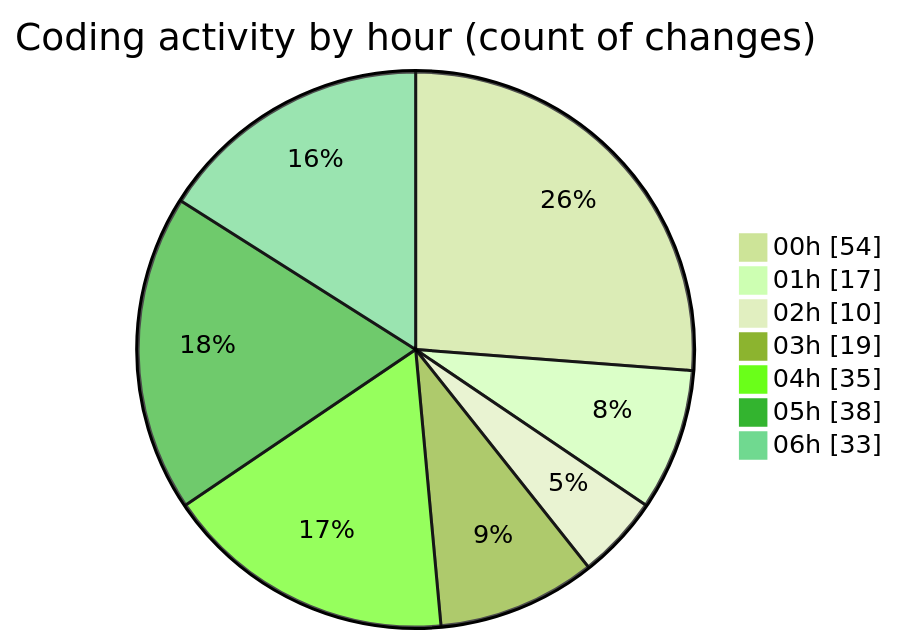
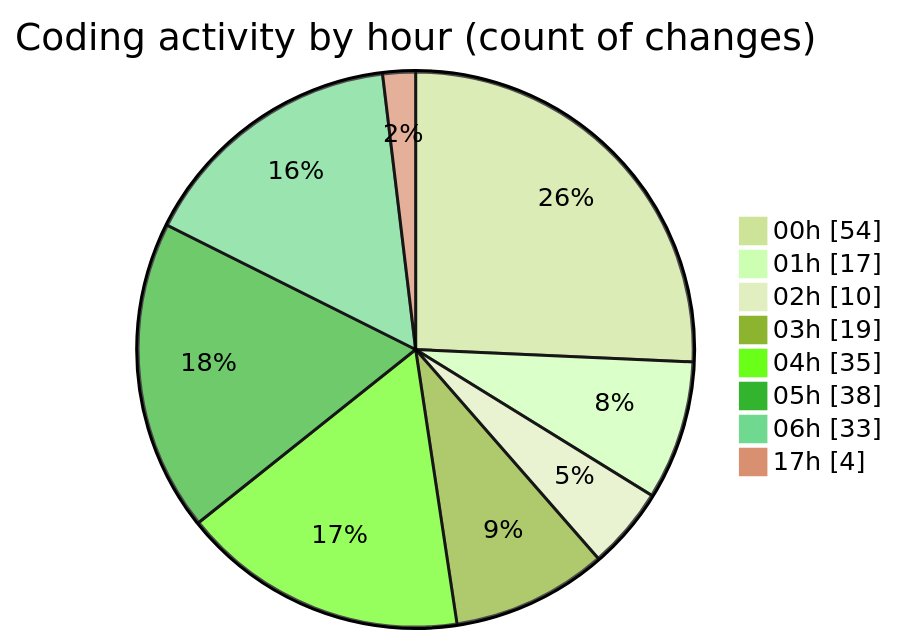
One commit to lephambinh05/code-tracking changed the second of 2 diagrams in 2025-07-26/quanlyrapchieuphim-1/README.md. Above: the diagram before and after it, drawn with Mermaid (forest theme). The commit also changed other lines of this file and 1 other file, not shown here.

````diff
--- a/2025-07-26/quanlyrapchieuphim-1/README.md
+++ b/2025-07-26/quanlyrapchieuphim-1/README.md
@@ -53,11 +53,12 @@
 ```mermaid
 pie showData
 title Coding activity by hour (count of changes)
 "00h" : 54
 "01h" : 17
 "02h" : 10
 "03h" : 19
 "04h" : 35
 "05h" : 38
 "06h" : 33
+"17h" : 4
 ```
````
